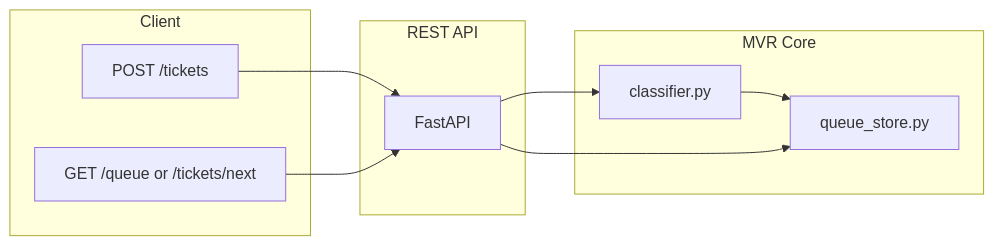
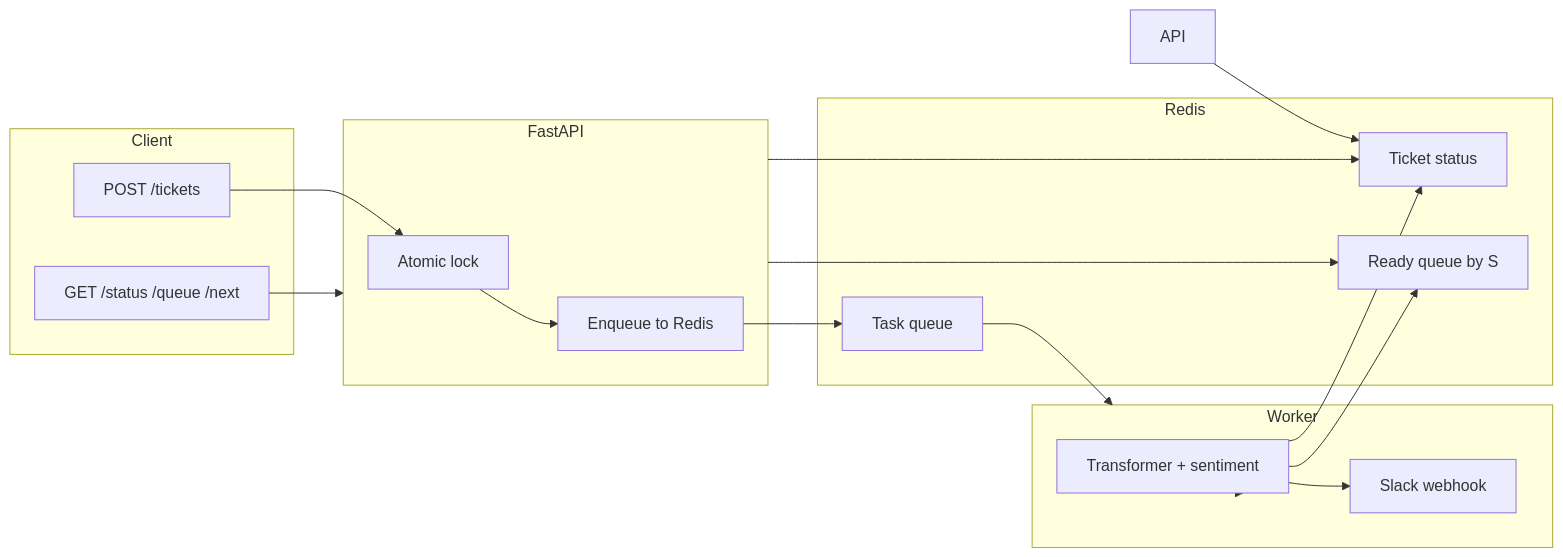
The diagram in README.md (22pt16/Smart-Support---Ticket-Routing-Engine), drawn with Mermaid before and after one commit. The commit also changed other lines of this file and 11 other files, not shown here.

Commit message:
M2: Redis broker, 202 Accepted, ML worker, Slack webhook; README with architecture, run/test for Mac and Windows

````diff
--- a/README.md
+++ b/README.md
@@ -11,19 +24,32 @@
 ```mermaid
 flowchart LR
     subgraph client [Client]
         POST[POST /tickets]
-        GET[GET /queue or /tickets/next]
+        GET[GET /status /queue /next]
     end
-    subgraph api [REST API]
-        Router[FastAPI]
+    subgraph api [FastAPI]
+        Lock[Atomic lock]
+        Enqueue[Enqueue to Redis]
     end
-    subgraph core [MVR Core]
-        Classifier[classifier.py]
-        Queue[queue_store.py]
+    subgraph redis [Redis]
+        Queue[Task queue]
+        Status[Ticket status]
+        Ready[Ready queue by S]
     end
-    POST --> Router
-    Router --> Classifier
-    Classifier --> Queue
-    GET --> Router
-    Router --> Queue
+    subgraph worker [Worker]
+        ML[Transformer + sentiment]
+        Slack[Slack webhook]
+    end
+    POST --> Lock
+    Lock --> Enqueue
+    Enqueue --> Queue
+    API --> Status
+    Queue --> worker
+    worker --> ML
+    ML --> Status
+    ML --> Ready
+    ML --> Slack
+    GET --> api
+    api --> Status
+    api --> Ready
 ```
````
